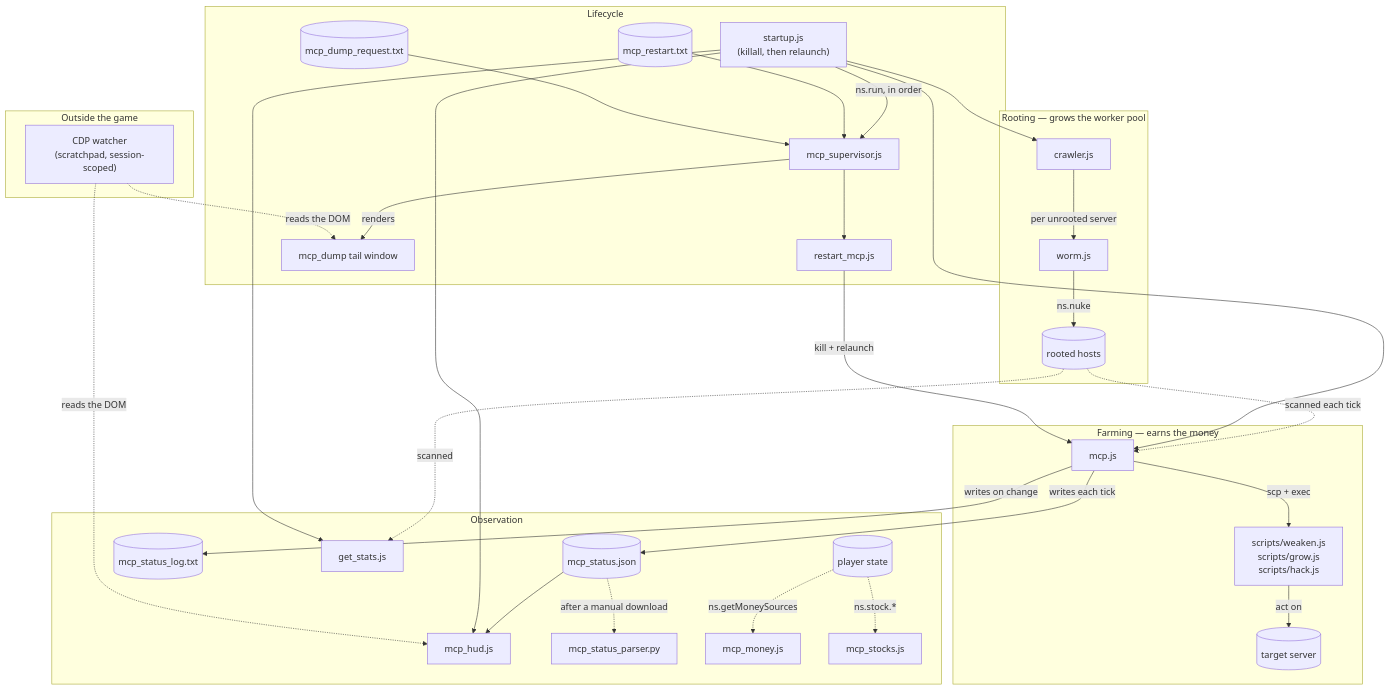
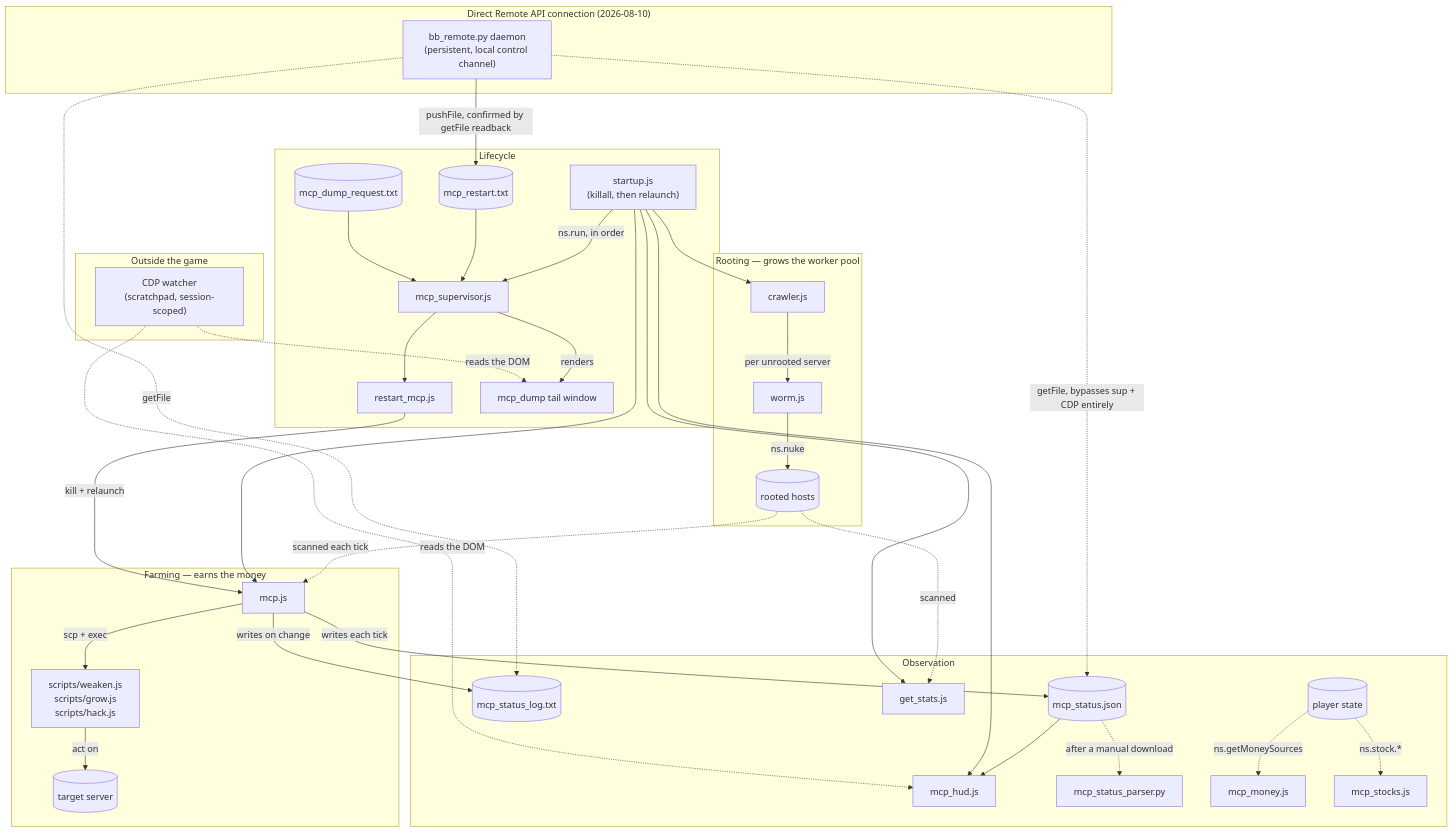
The diagram in docs/processes.md (waunder/BitBurner), drawn with Mermaid before and after one commit. The commit also changed other lines of this file and 4 other files, not shown here.

First line of the commit message:
Replace the trigger-file mechanism's dependence on VS Code sync with a direct Remote API daemon

````diff
--- a/docs/processes.md
+++ b/docs/processes.md
@@ -17,41 +17,48 @@
 ```mermaid
 flowchart TB
     subgraph root["Rooting — grows the worker pool"]
         crawler[crawler.js] -->|per unrooted server| worm[worm.js]
         worm -->|ns.nuke| pool[(rooted hosts)]
     end
 
     subgraph farm["Farming — earns the money"]
         mcp[mcp.js] -->|scp + exec| actions["scripts/weaken.js<br/>scripts/grow.js<br/>scripts/hack.js"]
         pool -.->|scanned each tick| mcp
         actions -->|act on| target[(target server)]
     end
 
     subgraph obs["Observation"]
         mcp -->|writes each tick| status[(mcp_status.json)]
         mcp -->|writes on change| logfile[(mcp_status_log.txt)]
         status --> hud[mcp_hud.js]
         pool -.->|scanned| stats[get_stats.js]
         status -.->|after a manual download| parser[mcp_status_parser.py]
         player[(player state)] -.->|ns.getMoneySources| moneypanel[mcp_money.js]
         player -.->|ns.stock.*| stockpanel[mcp_stocks.js]
     end
 
     subgraph life["Lifecycle"]
         boot["startup.js<br/>(killall, then relaunch)"] -->|ns.run, in order| sup[mcp_supervisor.js]
         boot --> crawler
         boot --> mcp
         boot --> hud[mcp_hud.js]
         boot --> stats
         flag[(mcp_restart.txt)] --> sup
         sup --> restart[restart_mcp.js]
         restart -->|kill + relaunch| mcp
         dumpreq[(mcp_dump_request.txt)] --> sup
         sup -->|renders| dumptail[mcp_dump tail window]
     end
 
+    subgraph direct["Direct Remote API connection (2026-08-10)"]
+        daemon["bb_remote.py daemon<br/>(persistent, local control channel)"]
+        daemon -->|pushFile, confirmed by getFile readback| flag
+        daemon -.->|getFile, bypasses sup + CDP entirely| status
+        daemon -.->|getFile| logfile
+    end
+
     subgraph out["Outside the game"]
         cdp["CDP watcher<br/>(scratchpad, session-scoped)"] -.->|reads the DOM| hud
         cdp -.->|reads the DOM| dumptail
     end
 ```
````
